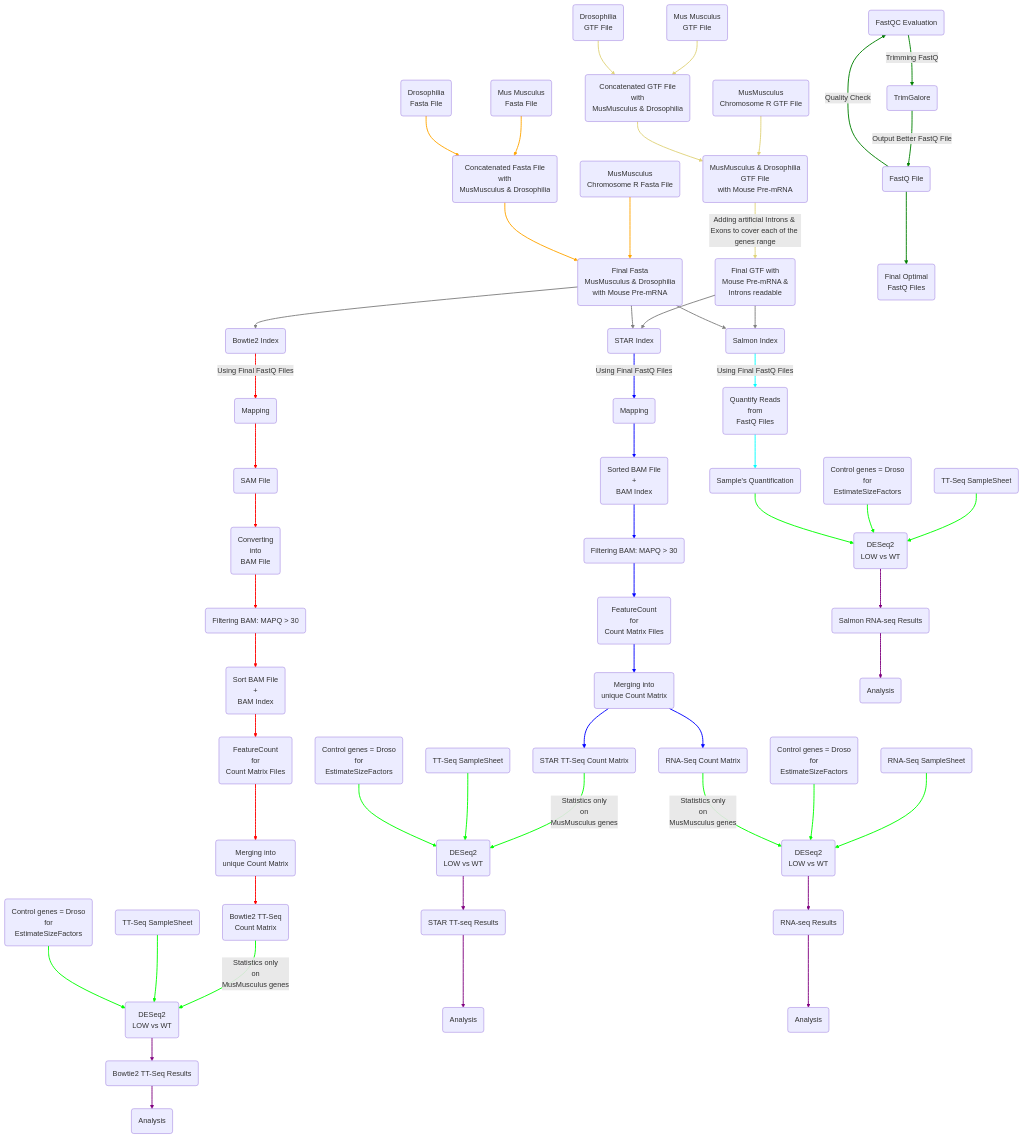
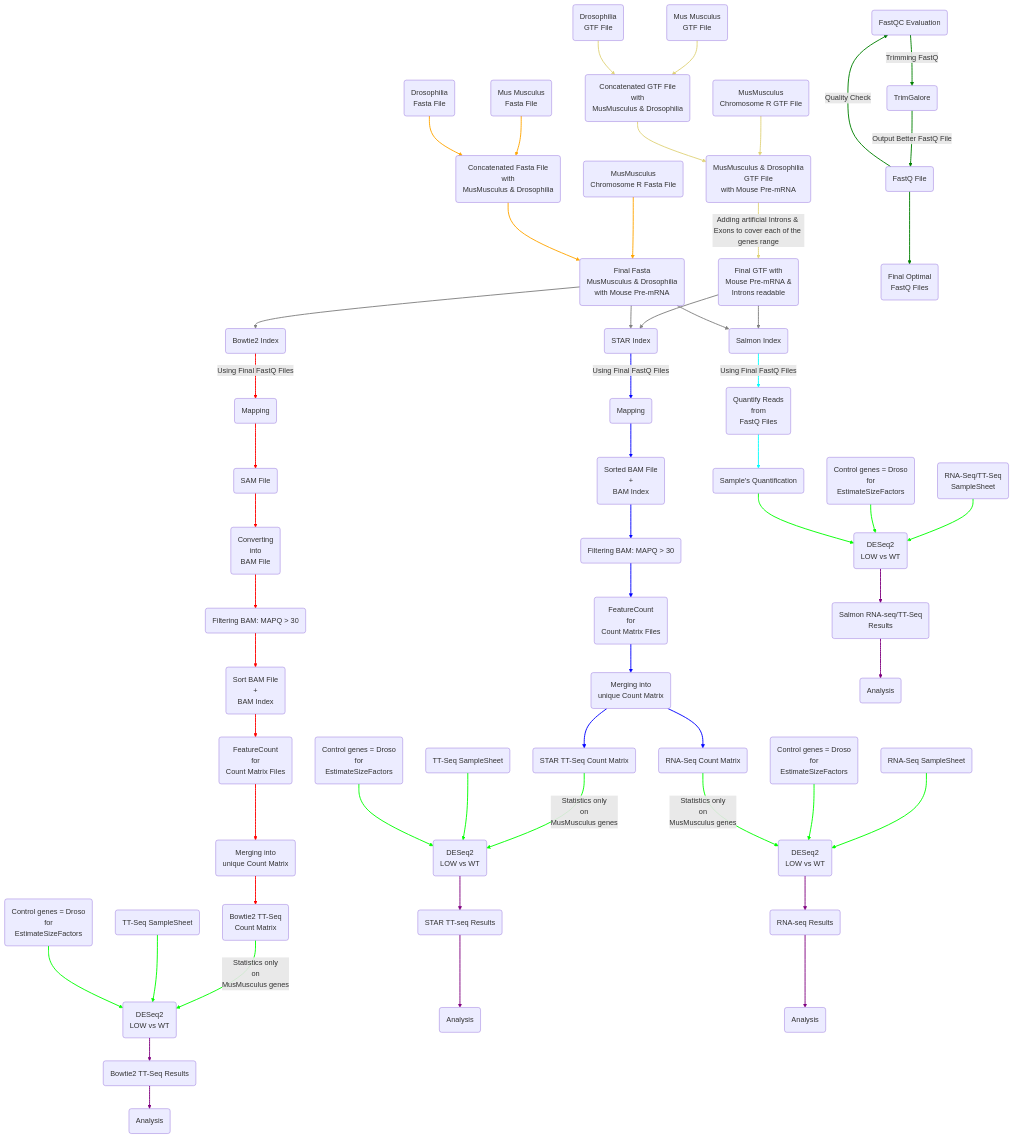
Before and after one commit to Aegioss/Histone-H1: the first of 5 diagrams in Flowchart/Schema.qmd, drawn with Mermaid. The commit also changed 11 other files, not shown here.

Commit message:
change in flowchart

```diff
--- a/Flowchart/Schema.qmd
+++ b/Flowchart/Schema.qmd
@@ -68,10 +68,10 @@
   fa5 --> SAL
   SAL -- Using Final FastQ Files --> Quant(Quantify Reads<br/>from<br/>FastQ Files)
   Quant --> Q28(Sample's Quantification)
-  M16(TT-Seq SampleSheet) --> K41(DESeq2<br/>LOW vs WT)
+  M16(RNA-Seq/TT-Seq<br/>SampleSheet) --> K41(DESeq2<br/>LOW vs WT)
   L16(Control genes = Droso<br/>for<br/> EstimateSizeFactors) --> K41
   Q28 --> K41
-  K41 --> R48(Salmon RNA-seq Results)
+  K41 --> R48(Salmon RNA-seq/TT-Seq<br/>Results)
   R48 --> U19(Analysis)
 
 linkStyle 0 stroke:orange,stroke-width:2px
```
